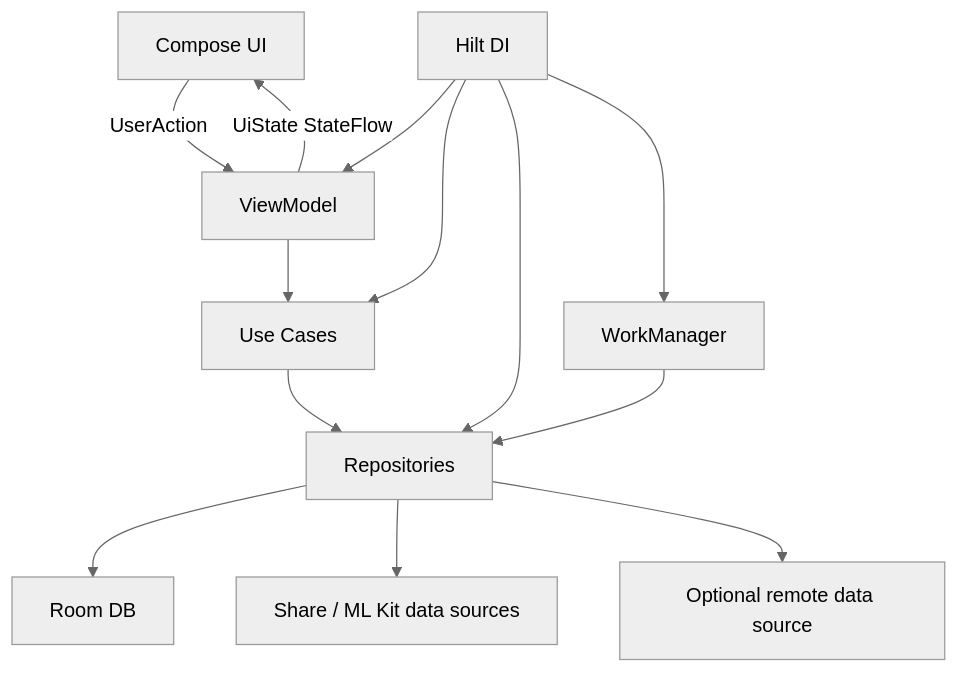
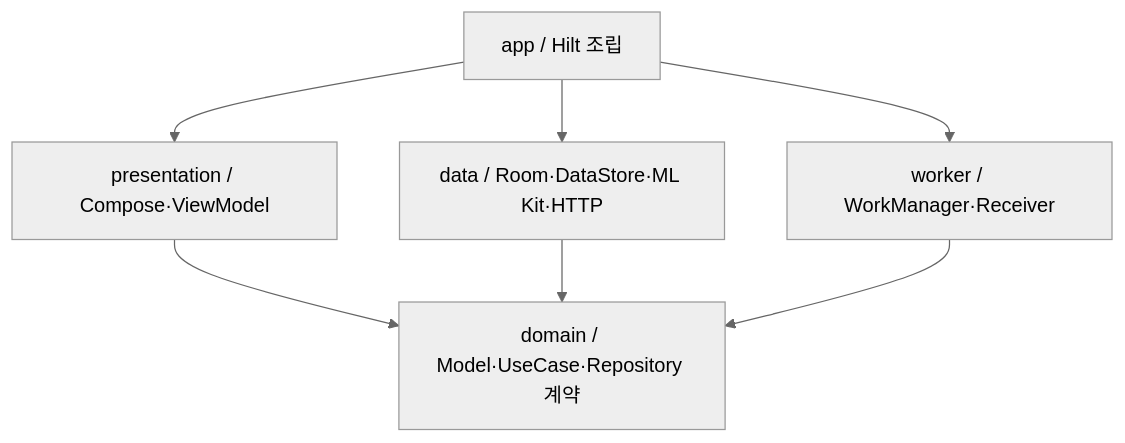
Before and after one commit to KamaTAEWOO/FridgeRescue: the first of 2 diagrams in docs/ANDROID_PLAN.md, drawn with Mermaid (neutral theme). The commit also changed other lines of this file and 170 other files, not shown here.

Commit message:
리팩터링: Clean Architecture 계층 구조 적용

````diff
--- a/docs/ANDROID_PLAN.md
+++ b/docs/ANDROID_PLAN.md
@@ -33,15 +33,9 @@
 ```mermaid
 flowchart TB
-    UI[Compose UI] -->|UserAction| VM[ViewModel]
-    VM -->|UiState StateFlow| UI
-    VM --> UC[Use Cases]
-    HILT[Hilt DI] --> VM
-    HILT --> UC
-    HILT --> REPO
-    HILT --> WM
-    UC --> REPO[Repositories]
-    REPO --> DB[Room DB]
-    REPO --> INTAKE[Share / ML Kit data sources]
-    REPO --> SYNC[Optional remote data source]
-    WM[WorkManager] --> REPO
+    APP[app / Hilt 조립] --> PRESENTATION[presentation / Compose·ViewModel]
+    APP --> DATA[data / Room·DataStore·ML Kit·HTTP]
+    PRESENTATION --> DOMAIN[domain / Model·UseCase·Repository 계약]
+    DATA --> DOMAIN
+    WORKER[worker / WorkManager·Receiver] --> DOMAIN
+    APP --> WORKER
 ```
````
